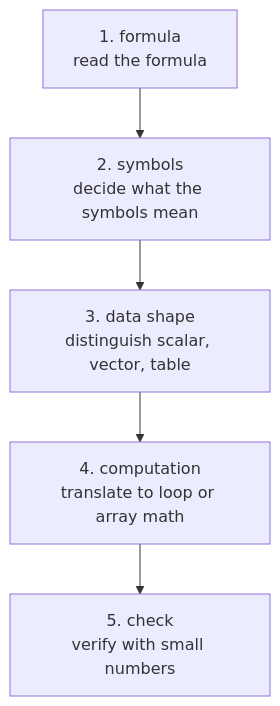
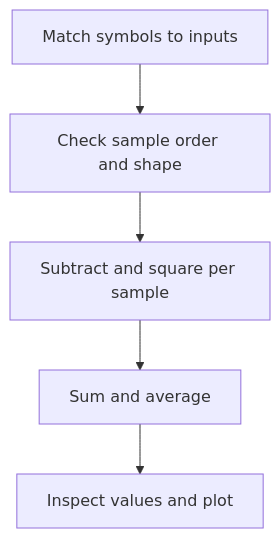
The diagram in docs/assets/part-02/chapter-15/formula-to-code-flow-en.mmd (devchan64/AiBook), drawn with Mermaid before and after one commit. The commit also changed 22 other files, not shown here.

```diff
--- a/docs/assets/part-02/chapter-15/formula-to-code-flow-en.mmd
+++ b/docs/assets/part-02/chapter-15/formula-to-code-flow-en.mmd
@@ -1,8 +1,8 @@
 flowchart TD
-  A["1. formula<br/>read the formula"]
-  B["2. symbols<br/>decide what the symbols mean"]
-  C["3. data shape<br/>distinguish scalar, vector, table"]
-  D["4. computation<br/>translate to loop or array math"]
-  E["5. check<br/>verify with small numbers"]
+  A["Match symbols to inputs"]
+  B["Check sample order and shape"]
+  C["Subtract and square per sample"]
+  D["Sum and average"]
+  E["Inspect values and plot"]
 
   A --> B --> C --> D --> E
```
